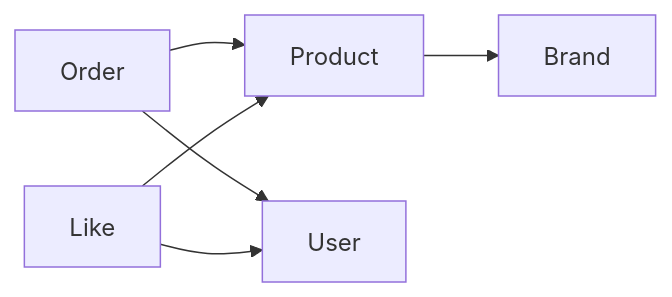
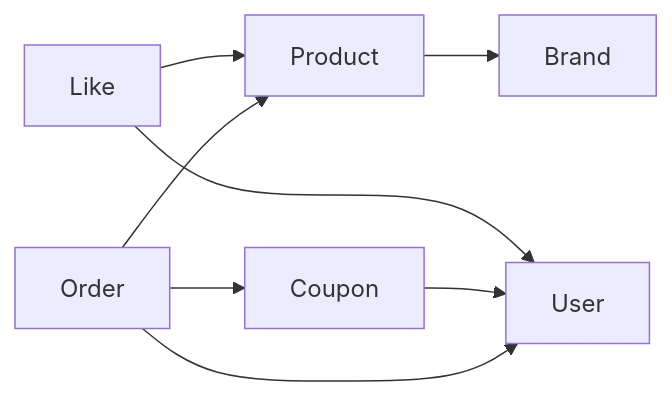
One commit to Loopers-dev-lab/loop-pack-be-l2-vol3-java changed the diagram in docs/design/domain-map.md. Above: the diagram before and after it, drawn with Mermaid. The commit also changed other lines of this file and 18 other files, not shown here.

````diff
--- a/docs/design/domain-map.md
+++ b/docs/design/domain-map.md
@@ -8,8 +8,10 @@
 ```mermaid
 graph LR
     Order --> Product
     Order --> User
+    Order --> Coupon
+    Coupon --> User
     Like --> Product
     Like --> User
     Product --> Brand
 ```
````
